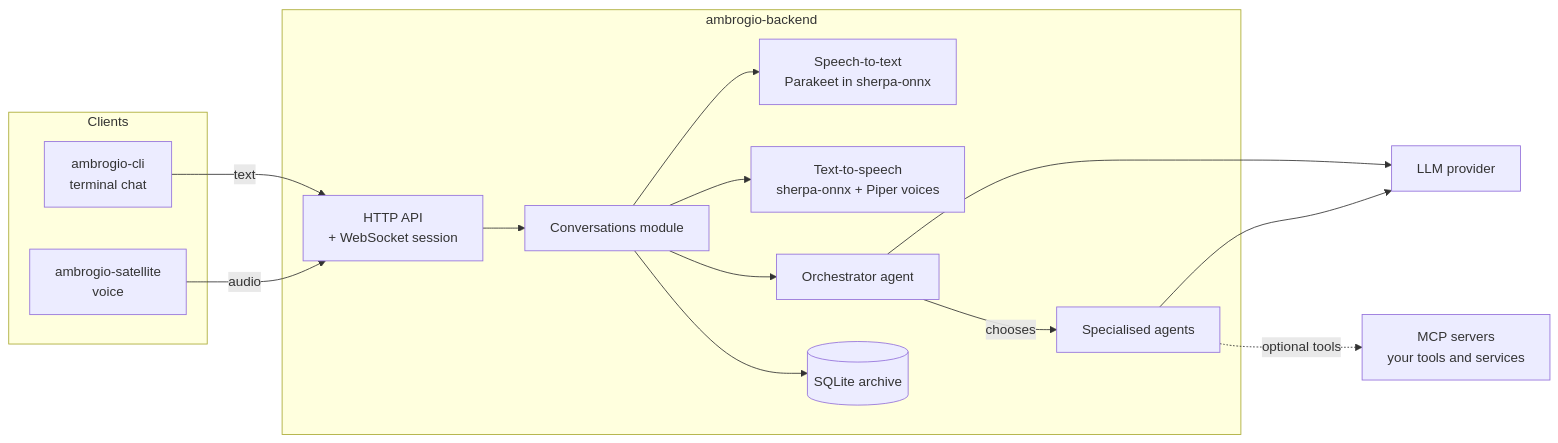
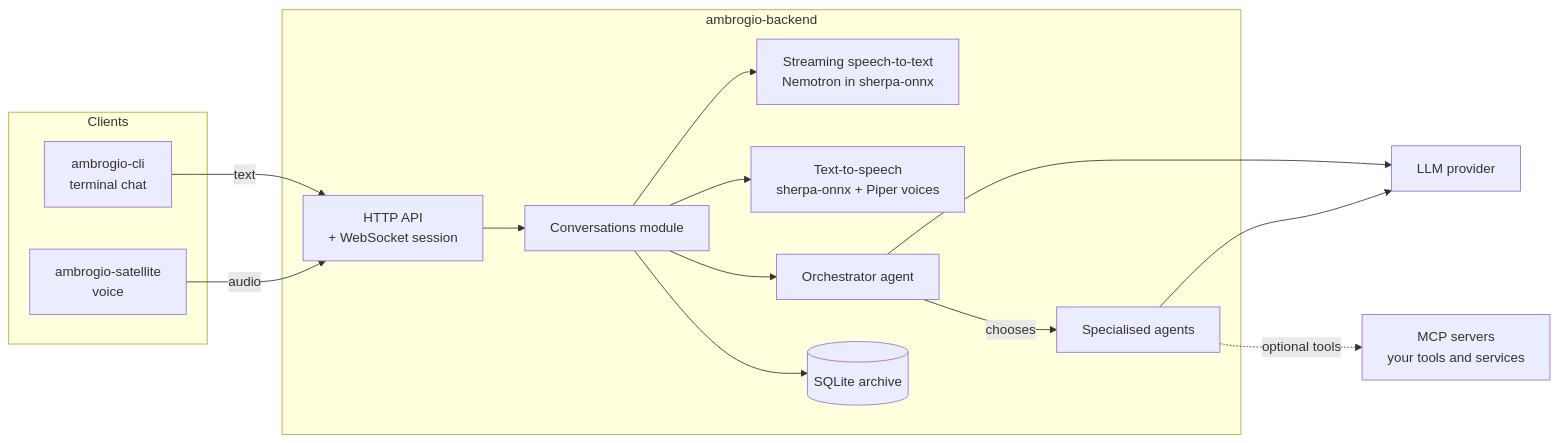
Before and after one commit to ambrogio-app/ambrogio-backend: the first of 2 diagrams in README.md, drawn with Mermaid. The commit also changed other lines of this file and 28 other files, not shown here.

````diff
--- a/README.md
+++ b/README.md
@@ -26,32 +26,32 @@
 ```mermaid
 flowchart LR
     subgraph Clients
         CLI[ambrogio-cli<br/>terminal chat]
         SAT[ambrogio-satellite<br/>voice]
     end
 
     subgraph Backend[ambrogio-backend]
         API[HTTP API<br/>+ WebSocket session]
         CONV[Conversations module]
-        STT[Speech-to-text<br/>Parakeet in sherpa-onnx]
+        STT[Streaming speech-to-text<br/>Nemotron in sherpa-onnx]
         TTS[Text-to-speech<br/>sherpa-onnx + Piper voices]
         ORCH[Orchestrator agent]
         AG[Specialised agents]
         DB[(SQLite archive)]
     end
 
     LLM[LLM provider]
     MCP[MCP servers<br/>your tools and services]
 
     CLI -- text --> API
     SAT -- audio --> API
     API --> CONV
     CONV --> STT
     CONV --> TTS
     CONV --> ORCH
     ORCH -- chooses --> AG
     ORCH --> LLM
     AG --> LLM
     AG -. optional tools .-> MCP
     CONV --> DB
 ```
````
